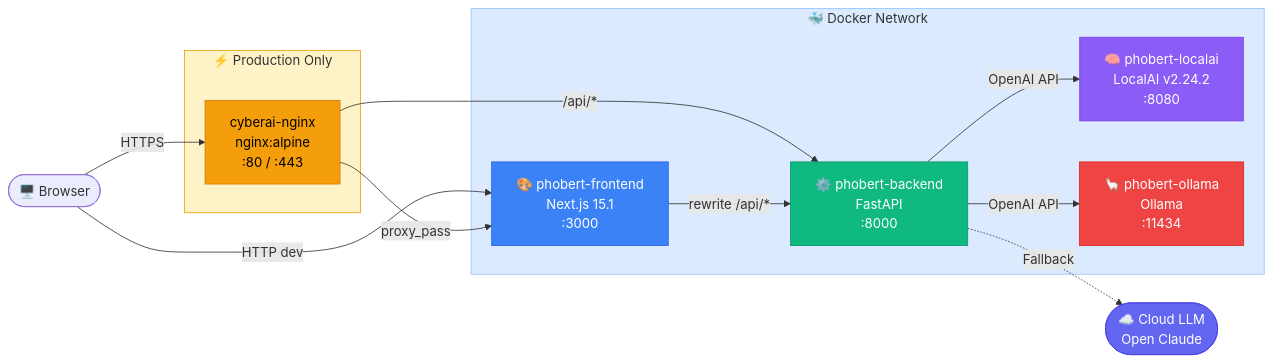
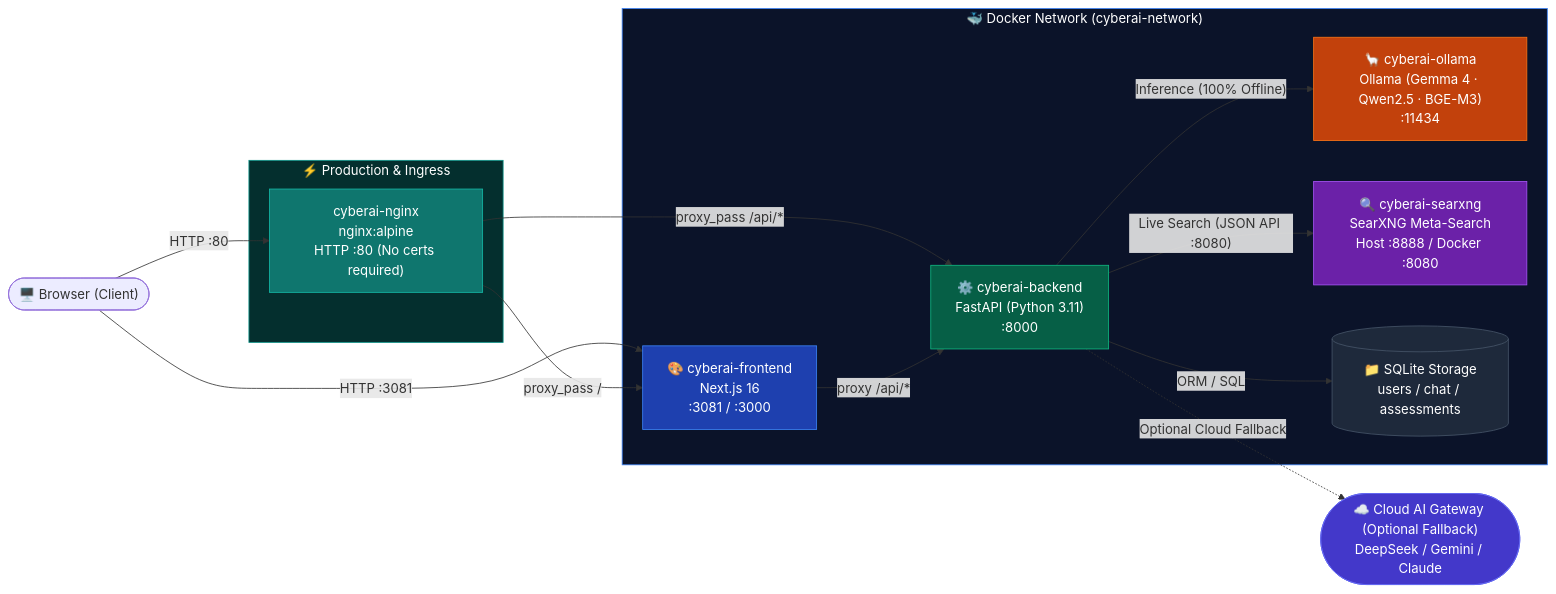
Before and after one commit to NghiaDinh03/CyberAI-Assessment-project: the first of 4 diagrams in docs/en/architecture.md, drawn with Mermaid. The commit also changed other lines of this file and 94 other files, not shown here.

Commit message:
feat(pipeline): standardize unified assessment schema, runtime audit telemetry, masked evidence manifests, and artifact consistency validation

````diff
--- a/docs/en/architecture.md
+++ b/docs/en/architecture.md
@@ -20,35 +31,38 @@
 ```mermaid
 flowchart LR
-    Browser(["🖥️ Browser"])
+    Browser(["🖥️ Browser (Client)"])
 
-    subgraph PROD["⚡ Production Only"]
-        Nginx["cyberai-nginx\nnginx:alpine\n:80 / :443"]
+    subgraph PROD["⚡ Production & Ingress"]
+        Nginx["cyberai-nginx\nnginx:alpine\nHTTP :80 (No certs required)"]
     end
 
-    subgraph DOCKER["🐳 Docker Network"]
-        Frontend["🎨 phobert-frontend\nNext.js 15.1\n:3000"]
-        Backend["⚙️ phobert-backend\nFastAPI\n:8000"]
-        LocalAI["🧠 phobert-localai\nLocalAI v2.24.2\n:8080"]
-        Ollama["🦙 phobert-ollama\nOllama\n:11434"]
+    subgraph DOCKER["🐳 Docker Network (cyberai-network)"]
+        Frontend["🎨 cyberai-frontend\nNext.js 16\n:3081 / :3000"]
+        Backend["⚙️ cyberai-backend\nFastAPI (Python 3.11)\n:8000"]
+        Ollama["🦙 cyberai-ollama\nOllama (Gemma 4 · Qwen2.5 · BGE-M3)\n:11434"]
+        SearX["🔍 cyberai-searxng\nSearXNG Meta-Search\nHost :8888 / Docker :8080"]
+        DB[(📁 SQLite Storage\nusers / chat / assessments)]
     end
 
-    Cloud(["☁️ Cloud LLM\nOpen Claude"])
+    Cloud(["☁️ Cloud AI Gateway (Optional Fallback)\nDeepSeek / Gemini / Claude"])
 
-    Browser -- "HTTPS" --> Nginx
-    Browser -- "HTTP dev" --> Frontend
-    Nginx -- "proxy_pass" --> Frontend
-    Nginx -- "/api/*" --> Backend
-    Frontend -- "rewrite /api/*" --> Backend
-    Backend -- "OpenAI API" --> LocalAI
-    Backend -- "OpenAI API" --> Ollama
-    Backend -. "Fallback" .-> Cloud
+    Browser -- "HTTP :80" --> Nginx
+    Browser -- "HTTP :3081" --> Frontend
+    Nginx -- "proxy_pass /" --> Frontend
+    Nginx -- "proxy_pass /api/*" --> Backend
+    Frontend -- "proxy /api/*" --> Backend
+    Backend -- "Inference (100% Offline)" --> Ollama
+    Backend -- "Live Search (JSON API :8080)" --> SearX
+    Backend -- "ORM / SQL" --> DB
+    Backend -. "Optional Cloud Fallback" .-> Cloud
 
-    style Nginx fill:#f59e0b,stroke:#d97706,color:#000
-    style Frontend fill:#3b82f6,stroke:#2563eb,color:#fff
-    style Backend fill:#10b981,stroke:#059669,color:#fff
-    style LocalAI fill:#8b5cf6,stroke:#7c3aed,color:#fff
-    style Ollama fill:#ef4444,stroke:#dc2626,color:#fff
-    style Cloud fill:#6366f1,stroke:#4f46e5,color:#fff
-    style PROD fill:#fef3c7,stroke:#f59e0b
-    style DOCKER fill:#dbeafe,stroke:#93c5fd
+    style Nginx fill:#0f766e,stroke:#14b8a6,color:#fff
+    style Frontend fill:#1e40af,stroke:#3b82f6,color:#fff
+    style Backend fill:#065f46,stroke:#10b981,color:#fff
+    style Ollama fill:#c2410c,stroke:#f97316,color:#fff
+    style SearX fill:#6b21a8,stroke:#a855f7,color:#fff
+    style DB fill:#1e293b,stroke:#475569,color:#fff
+    style Cloud fill:#4338ca,stroke:#6366f1,color:#fff
+    style PROD fill:#042f2e,stroke:#0d9488,color:#fff
+    style DOCKER fill:#0b1329,stroke:#3b82f6,color:#fff
 ```
````
